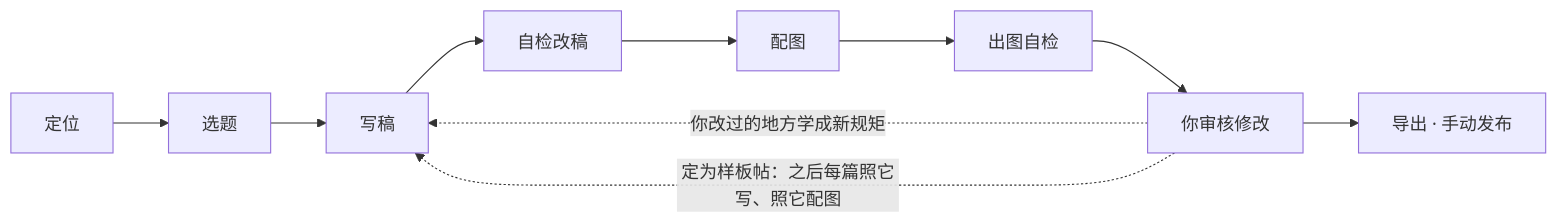
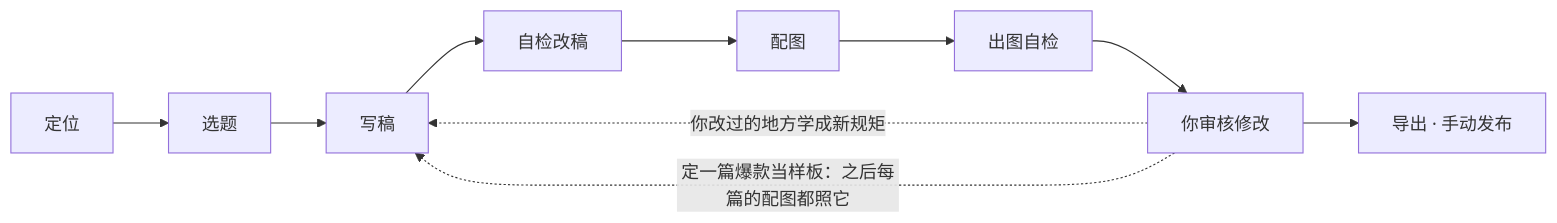
The diagram in README.md (WilderNoTrack/mediaflow), drawn with Mermaid before and after one commit. The commit also changed other lines of this file and 13 other files, not shown here.

Commit message:
v2: 对标爆款帖子而不是账号——样板帖就是选定的一篇爆款，每篇配图一张对一张照它的原图（整个号一个风格），文案只学它为什么火、按选题自己写；这篇指定了爆款就照指定的；有原图就不再被账号配图模板盖掉；爆款卡片/设置页/草稿页都能定样板

````diff
--- a/README.md
+++ b/README.md
@@ -13,6 +13,6 @@
 ```mermaid
 flowchart LR
   A[定位] --> B[选题] --> C[写稿] --> D[自检改稿] --> E[配图] --> F[出图自检] --> G[你审核修改] --> H[导出 · 手动发布]
   G -. 你改过的地方学成新规矩 .-> C
-  G -. 定为样板帖：之后每篇照它写、照它配图 .-> C
+  G -. 定一篇爆款当样板：之后每篇的配图都照它 .-> C
 ```
````
